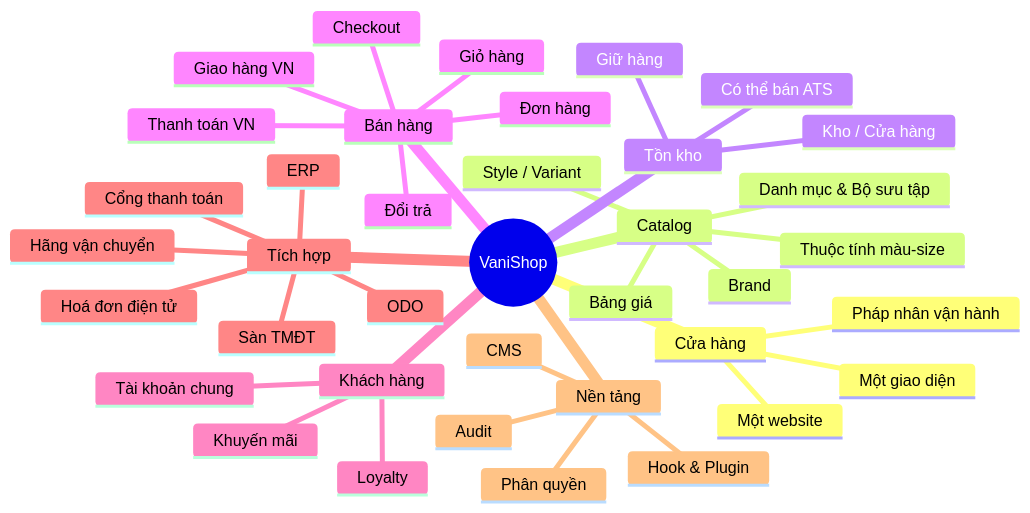
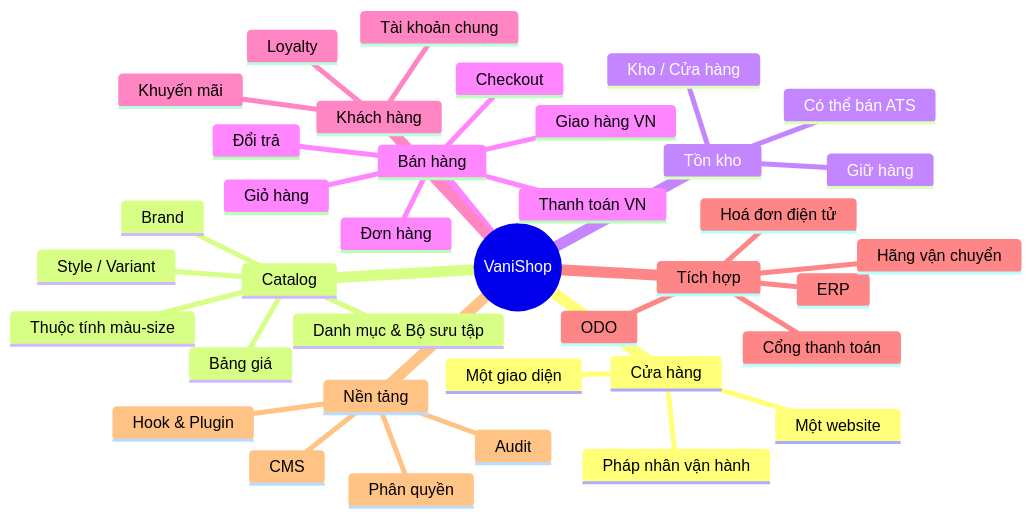
Before and after one commit to ptdat97/vanishop: the diagram in docs/00-overview/vision.md, drawn with Mermaid. The commit also changed other lines of this file and 38 other files, not shown here.

````diff
--- a/docs/00-overview/vision.md
+++ b/docs/00-overview/vision.md
@@ -75,41 +75,40 @@
 ```mermaid
 mindmap
   root((VaniShop))
     Cửa hàng
       Pháp nhân vận hành
       Một website
       Một giao diện
     Catalog
       Brand
       Style / Variant
       Thuộc tính màu-size
       Danh mục & Bộ sưu tập
       Bảng giá
     Tồn kho
       Kho / Cửa hàng
       Giữ hàng
       Có thể bán ATS
     Bán hàng
       Giỏ hàng
       Checkout
       Đơn hàng
       Thanh toán VN
       Giao hàng VN
       Đổi trả
     Khách hàng
       Tài khoản chung
       Loyalty
       Khuyến mãi
     Tích hợp
       ODO
       ERP
       Hãng vận chuyển
       Cổng thanh toán
       Hoá đơn điện tử
-      Sàn TMĐT
     Nền tảng
       Hook & Plugin
       Phân quyền
       Audit
       CMS
 ```
````
